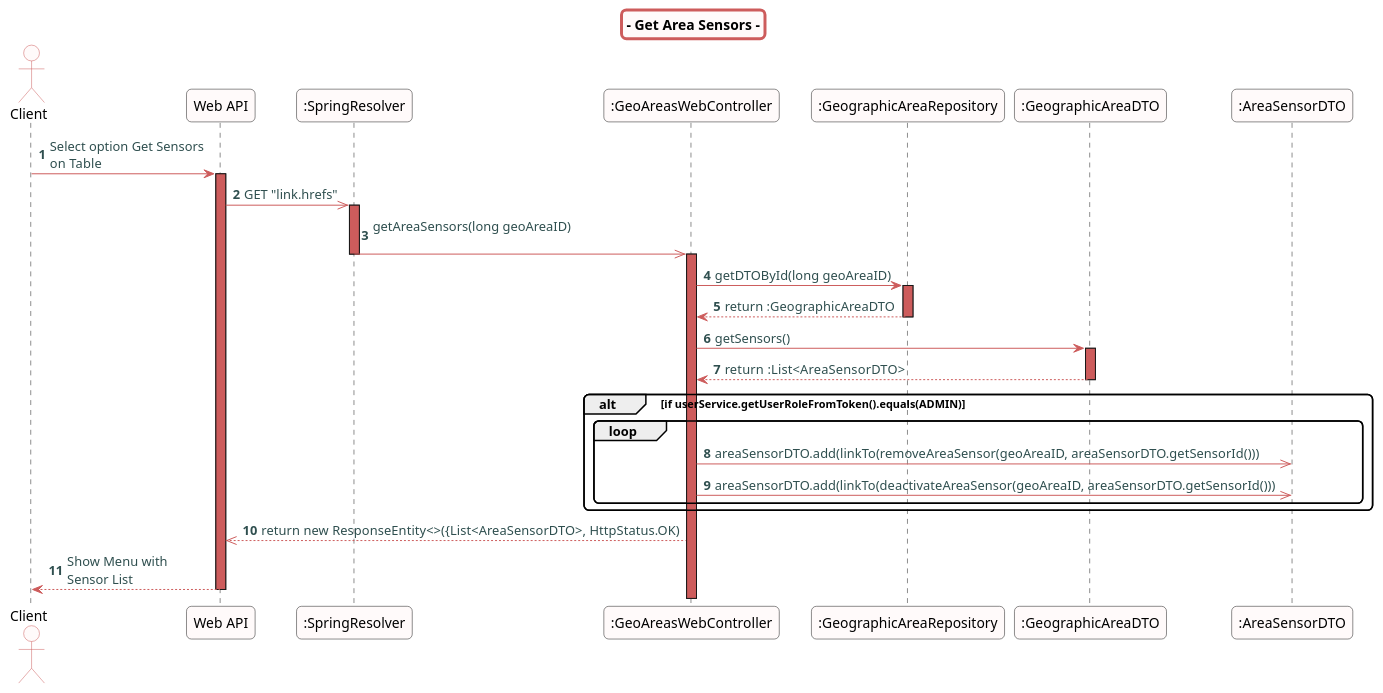
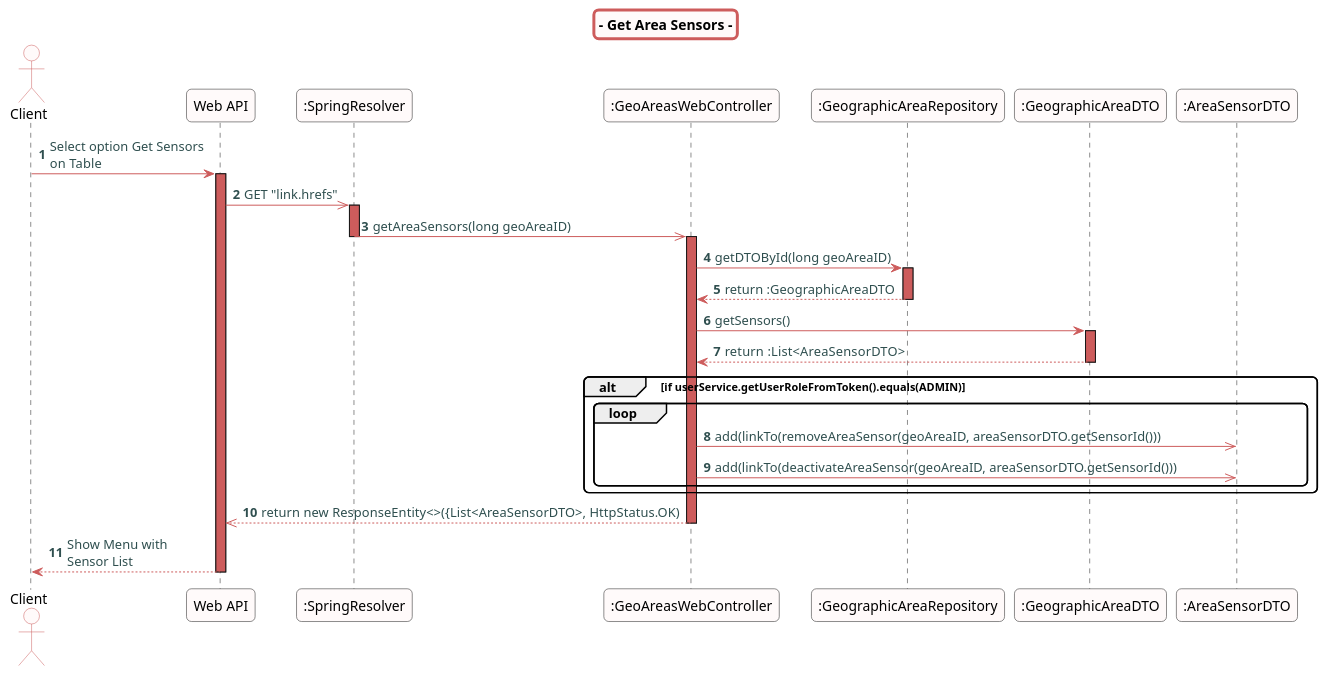
The diagram in src/doc/WEB_Controllers/GASettings/getAreaSensors_SD.puml (Almadanmp/frontend4), drawn with PlantUML before and after one commit. The commit also changed 1 other file, not shown here.

Commit message:
- getAreaSensors sequence diagram minor changes - getAllGeographicAreas updated

```diff
--- a/src/doc/WEB_Controllers/GASettings/getAreaSensors_SD.puml
+++ b/src/doc/WEB_Controllers/GASettings/getAreaSensors_SD.puml
@@ -1,63 +1,65 @@
 @startuml
 skinparam titleBorderRoundCorner 10
 skinparam titleBorderThickness 3
 skinparam titleBorderColor indianred
 skinparam titleBackgroundColor snow
 skinparam FontName quicksand
 
 skinparam actor {
   BorderColor indianred
   backgroundColor Snow
   }
 
 skinparam sequence {
   LifeLineBackgroundColor indianred
   ParticipantBackgroundColor snow
 }
 
 skinparam roundcorner 10
 
 skinparam component {
   arrowThickness 1
   ArrowFontName Verdana
   ArrowColor indianred
   ArrowFontColor darkslategrey
 }
 
 
 title - Get Area Sensors -
 
 autonumber
 
 actor "Client"
 
 "Client" -> "Web API": Select option Get Sensors\non Table
 
 activate "Web API"
 "Web API" ->> ":SpringResolver":  GET "link.hrefs"
 activate ":SpringResolver"
-":SpringResolver" ->> ":GeoAreasWebController": getAreaSensors(long geoAreaID) \n
+":SpringResolver" ->> ":GeoAreasWebController": getAreaSensors(long geoAreaID)
 deactivate ":SpringResolver"
 activate ":GeoAreasWebController"
 ":GeoAreasWebController" -> ":GeographicAreaRepository": getDTOById(long geoAreaID)
 activate ":GeographicAreaRepository"
 ":GeographicAreaRepository" --> ":GeoAreasWebController": return :GeographicAreaDTO
 deactivate ":GeographicAreaRepository"
 ":GeoAreasWebController" -> ":GeographicAreaDTO": getSensors()
 activate ":GeographicAreaDTO"
 ":GeographicAreaDTO" --> ":GeoAreasWebController": return  :List<AreaSensorDTO>
 deactivate ":GeographicAreaDTO"
 
 alt if userService.getUserRoleFromToken().equals(ADMIN)
 loop
 
-":GeoAreasWebController" ->> ":AreaSensorDTO": areaSensorDTO.add(linkTo(removeAreaSensor(geoAreaID, areaSensorDTO.getSensorId()))
-":GeoAreasWebController" ->> ":AreaSensorDTO": areaSensorDTO.add(linkTo(deactivateAreaSensor(geoAreaID, areaSensorDTO.getSensorId()))
+":GeoAreasWebController" ->> ":AreaSensorDTO": add(linkTo(removeAreaSensor(geoAreaID, areaSensorDTO.getSensorId()))
+":GeoAreasWebController" ->> ":AreaSensorDTO": add(linkTo(deactivateAreaSensor(geoAreaID, areaSensorDTO.getSensorId()))
 end
 end
+
 ":GeoAreasWebController" -->> "Web API": return  new ResponseEntity<>({List<AreaSensorDTO>, HttpStatus.OK)
+deactivate ":GeoAreasWebController"
 "Web API" --> "Client": Show Menu with \nSensor List
 
 
 deactivate "Web API"
 @enduml
```
